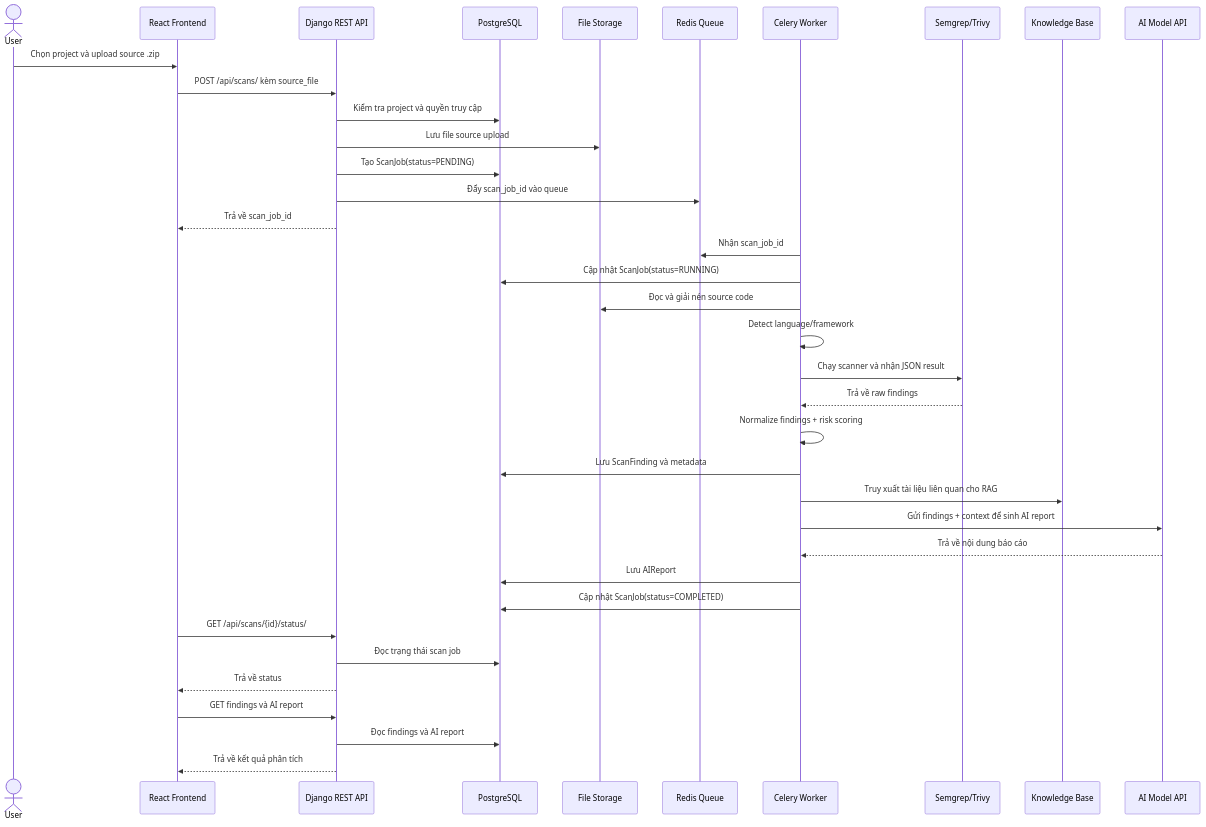
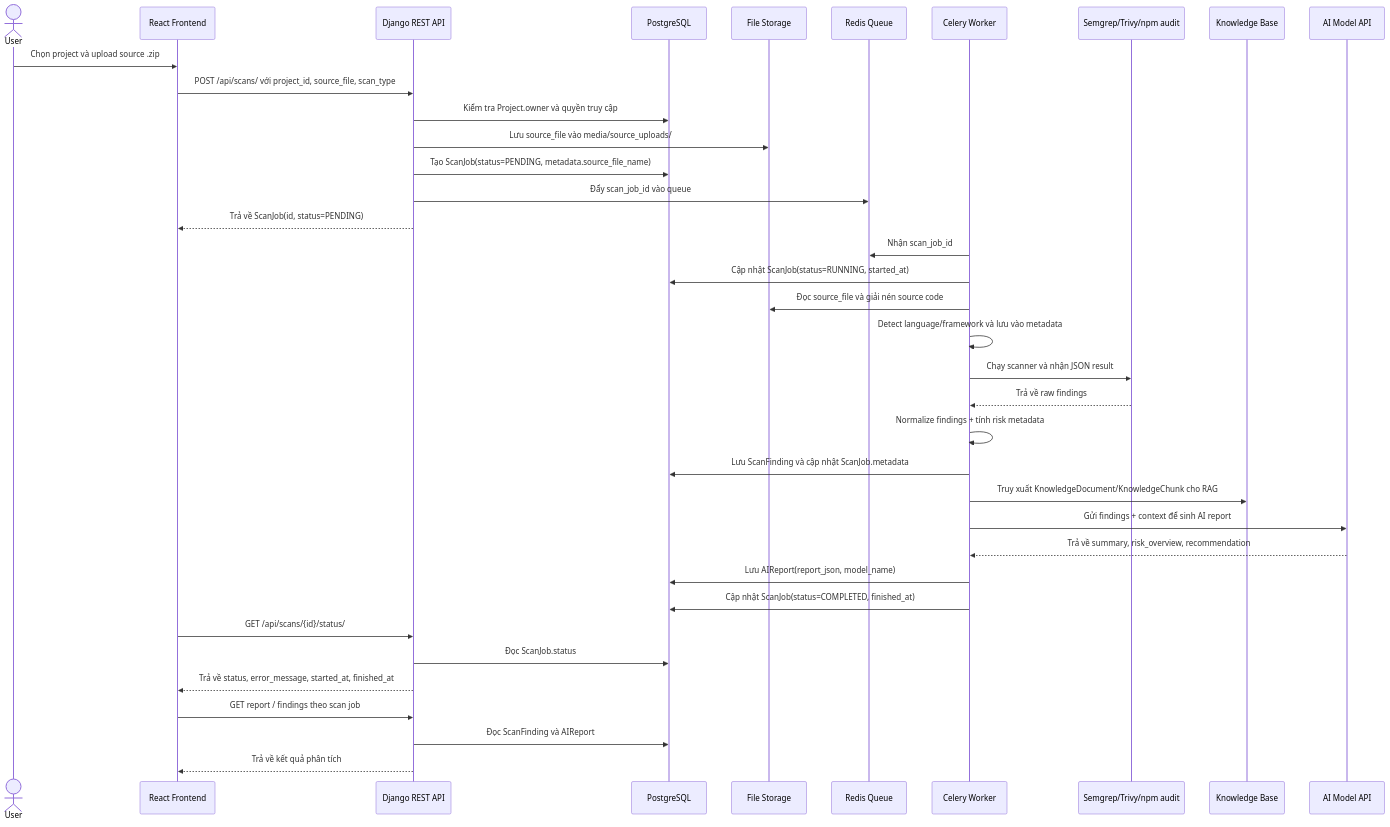
The second of 5 diagrams in docs/diagrams.md (Cozgg/ai-devsecops-platform), drawn with Mermaid before and after one commit. The commit also changed other lines of this file, not shown here.

Commit message:
docs: sync diagrams with backend model fields

````diff
--- a/docs/diagrams.md
+++ b/docs/diagrams.md
@@ -124,42 +200,42 @@
 ```mermaid
 sequenceDiagram
     actor User
     participant FE as React Frontend
     participant API as Django REST API
     participant DB as PostgreSQL
     participant FS as File Storage
     participant Redis as Redis Queue
     participant Worker as Celery Worker
-    participant Scanner as Semgrep/Trivy
+    participant Scanner as Semgrep/Trivy/npm audit
     participant KB as Knowledge Base
     participant LLM as AI Model API
 
     User->>FE: Chọn project và upload source .zip
-    FE->>API: POST /api/scans/ kèm source_file
-    API->>DB: Kiểm tra project và quyền truy cập
-    API->>FS: Lưu file source upload
-    API->>DB: Tạo ScanJob(status=PENDING)
+    FE->>API: POST /api/scans/ với project_id, source_file, scan_type
+    API->>DB: Kiểm tra Project.owner và quyền truy cập
+    API->>FS: Lưu source_file vào media/source_uploads/
+    API->>DB: Tạo ScanJob(status=PENDING, metadata.source_file_name)
     API->>Redis: Đẩy scan_job_id vào queue
-    API-->>FE: Trả về scan_job_id
+    API-->>FE: Trả về ScanJob(id, status=PENDING)
 
     Worker->>Redis: Nhận scan_job_id
-    Worker->>DB: Cập nhật ScanJob(status=RUNNING)
-    Worker->>FS: Đọc và giải nén source code
-    Worker->>Worker: Detect language/framework
+    Worker->>DB: Cập nhật ScanJob(status=RUNNING, started_at)
+    Worker->>FS: Đọc source_file và giải nén source code
+    Worker->>Worker: Detect language/framework và lưu vào metadata
     Worker->>Scanner: Chạy scanner và nhận JSON result
     Scanner-->>Worker: Trả về raw findings
-    Worker->>Worker: Normalize findings + risk scoring
-    Worker->>DB: Lưu ScanFinding và metadata
-    Worker->>KB: Truy xuất tài liệu liên quan cho RAG
+    Worker->>Worker: Normalize findings + tính risk metadata
+    Worker->>DB: Lưu ScanFinding và cập nhật ScanJob.metadata
+    Worker->>KB: Truy xuất KnowledgeDocument/KnowledgeChunk cho RAG
     Worker->>LLM: Gửi findings + context để sinh AI report
-    LLM-->>Worker: Trả về nội dung báo cáo
-    Worker->>DB: Lưu AIReport
-    Worker->>DB: Cập nhật ScanJob(status=COMPLETED)
+    LLM-->>Worker: Trả về summary, risk_overview, recommendation
+    Worker->>DB: Lưu AIReport(report_json, model_name)
+    Worker->>DB: Cập nhật ScanJob(status=COMPLETED, finished_at)
 
     FE->>API: GET /api/scans/{id}/status/
-    API->>DB: Đọc trạng thái scan job
-    API-->>FE: Trả về status
-    FE->>API: GET findings và AI report
-    API->>DB: Đọc findings và AI report
+    API->>DB: Đọc ScanJob.status
+    API-->>FE: Trả về status, error_message, started_at, finished_at
+    FE->>API: GET report / findings theo scan job
+    API->>DB: Đọc ScanFinding và AIReport
     API-->>FE: Trả về kết quả phân tích
 ```
````
